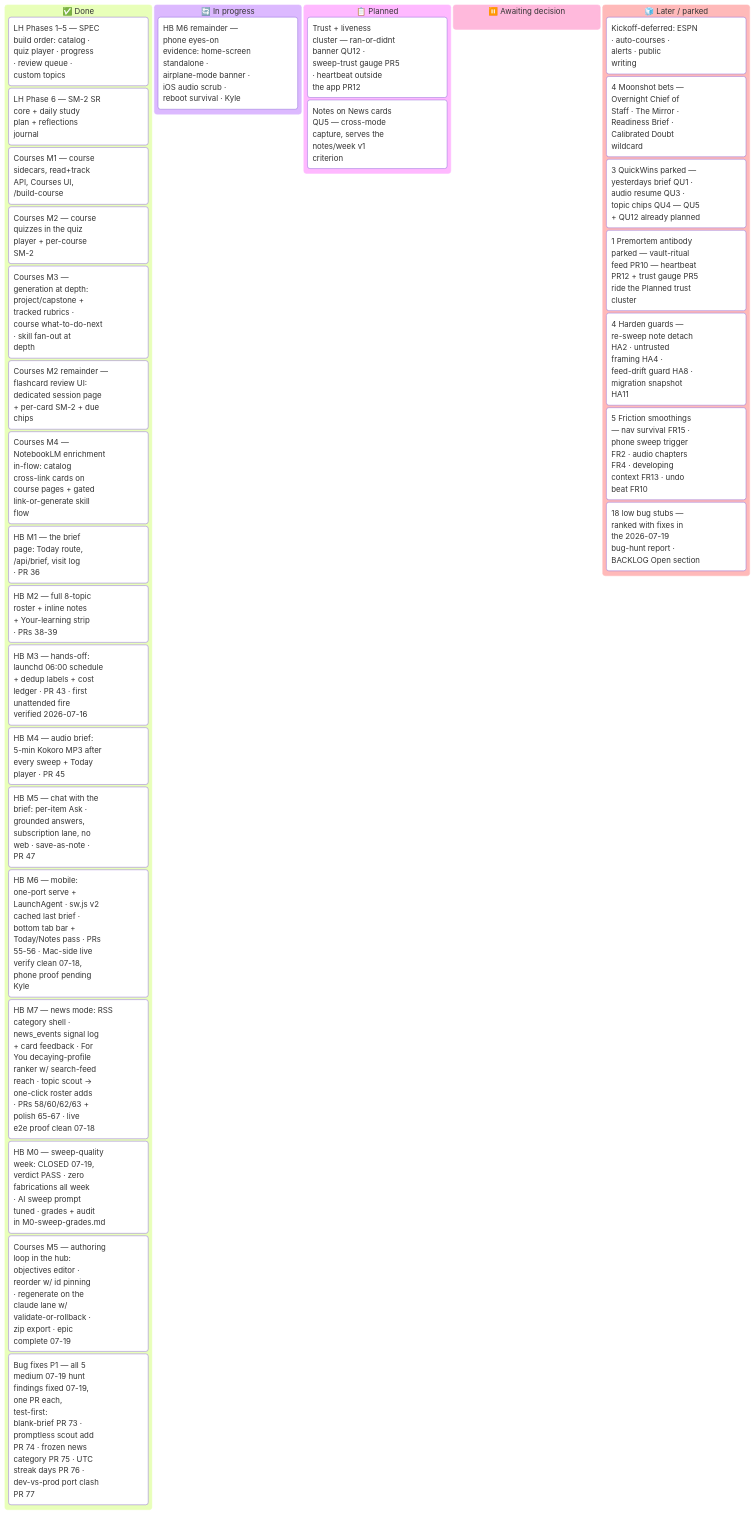
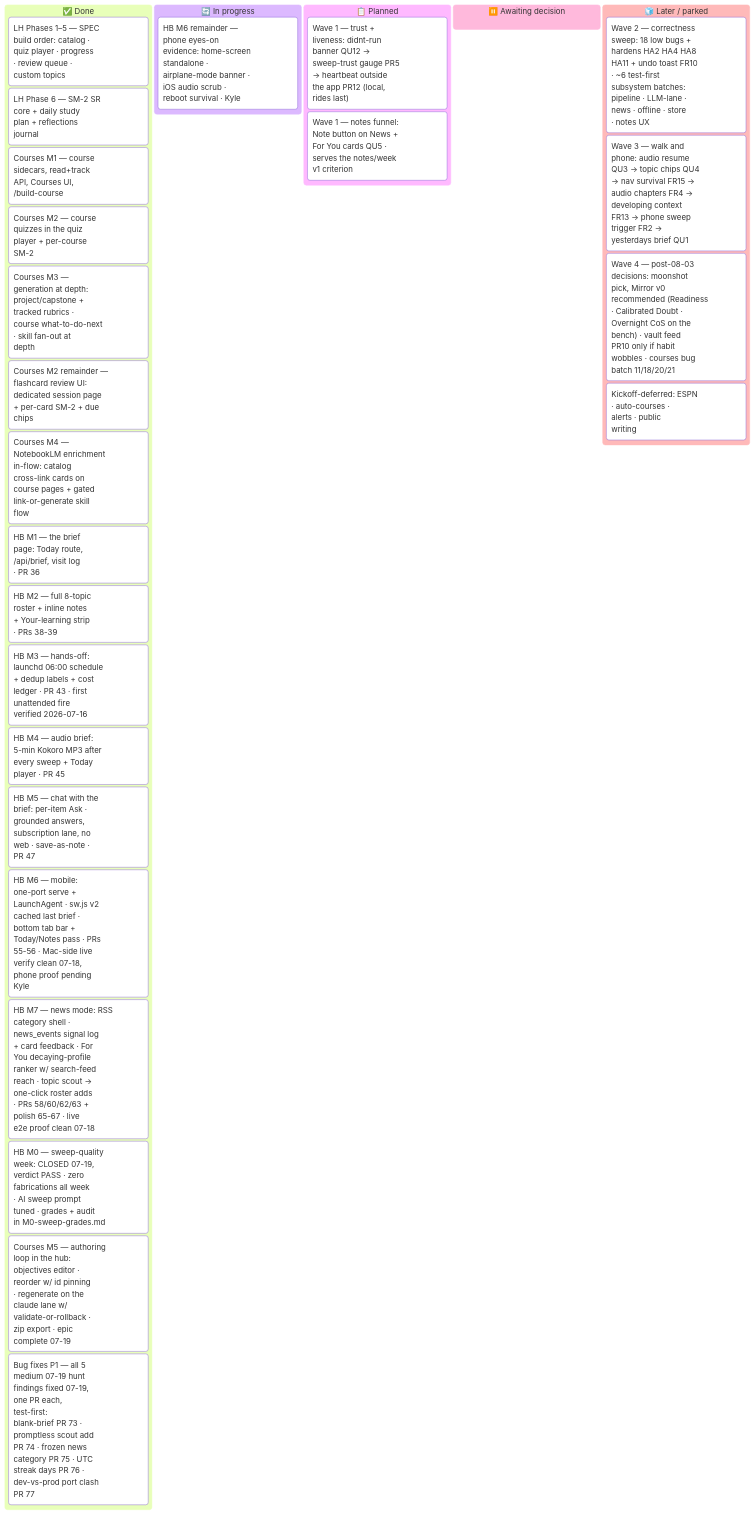
Before and after one commit to ksdisch/home-base: the diagram in docs/MASTER_PLAN.md, drawn with Mermaid. The commit also changed other lines of this file, not shown here.

First line of the commit message:
docs(master-plan): lock replenish roadmap — four waves anchored on the ~08-03 v1 check

````diff
--- a/docs/MASTER_PLAN.md
+++ b/docs/MASTER_PLAN.md
@@ -42,40 +42,37 @@
 ```mermaid
 ---
 config:
   kanban:
     sectionWidth: 300
 ---
 kanban
   done["✅ Done"]
     lh15["LH Phases 1–5 — SPEC<br/>build order: catalog ·<br/>quiz player · progress<br/>· review queue ·<br/>custom topics"]
     lh6["LH Phase 6 — SM-2 SR<br/>core + daily study<br/>plan + reflections<br/>journal"]
     lh7["Courses M1 — course<br/>sidecars, read+track<br/>API, Courses UI,<br/>/build-course"]
     lh7m2["Courses M2 — course<br/>quizzes in the quiz<br/>player + per-course<br/>SM-2"]
     lh7m3["Courses M3 —<br/>generation at depth:<br/>project/capstone +<br/>tracked rubrics ·<br/>course what-to-do-next<br/>· skill fan-out at<br/>depth"]
     lh7fc["Courses M2 remainder —<br/>flashcard review UI:<br/>dedicated session page<br/>+ per-card SM-2 + due<br/>chips"]
     lh7m4["Courses M4 —<br/>NotebookLM enrichment<br/>in-flow: catalog<br/>cross-link cards on<br/>course pages + gated<br/>link-or-generate skill<br/>flow"]
     hbm1["HB M1 — the brief<br/>page: Today route,<br/>/api/brief, visit log<br/>· PR 36"]
     hbm2["HB M2 — full 8-topic<br/>roster + inline notes<br/>+ Your-learning strip<br/>· PRs 38-39"]
     hbm3["HB M3 — hands-off:<br/>launchd 06:00 schedule<br/>+ dedup labels + cost<br/>ledger · PR 43 · first<br/>unattended fire<br/>verified 2026-07-16"]
     hbm4["HB M4 — audio brief:<br/>5-min Kokoro MP3 after<br/>every sweep + Today<br/>player · PR 45"]
     hbm5["HB M5 — chat with the<br/>brief: per-item Ask ·<br/>grounded answers,<br/>subscription lane, no<br/>web · save-as-note ·<br/>PR 47"]
     hbm6["HB M6 — mobile:<br/>one-port serve +<br/>LaunchAgent · sw.js v2<br/>cached last brief ·<br/>bottom tab bar +<br/>Today/Notes pass · PRs<br/>55-56 · Mac-side live<br/>verify clean 07-18,<br/>phone proof pending<br/>Kyle"]
     hbm7["HB M7 — news mode: RSS<br/>category shell ·<br/>news_events signal log<br/>+ card feedback · For<br/>You decaying-profile<br/>ranker w/ search-feed<br/>reach · topic scout →<br/>one-click roster adds<br/>· PRs 58/60/62/63 +<br/>polish 65-67 · live<br/>e2e proof clean 07-18"]
     hbm0["HB M0 — sweep-quality<br/>week: CLOSED 07-19,<br/>verdict PASS · zero<br/>fabrications all week<br/>· AI sweep prompt<br/>tuned · grades + audit<br/>in M0-sweep-grades.md"]
     cm5["Courses M5 — authoring<br/>loop in the hub:<br/>objectives editor ·<br/>reorder w/ id pinning<br/>· regenerate on the<br/>claude lane w/<br/>validate-or-rollback ·<br/>zip export · epic<br/>complete 07-19"]
     bugp1["Bug fixes P1 — all 5<br/>medium 07-19 hunt<br/>findings fixed 07-19,<br/>one PR each,<br/>test-first:<br/>blank-brief PR 73 ·<br/>promptless scout add<br/>PR 74 · frozen news<br/>category PR 75 · UTC<br/>streak days PR 76 ·<br/>dev-vs-prod port clash<br/>PR 77"]
   doing["🔄 In progress"]
     hbm6proof["HB M6 remainder —<br/>phone eyes-on<br/>evidence: home-screen<br/>standalone ·<br/>airplane-mode banner ·<br/>iOS audio scrub ·<br/>reboot survival · Kyle"]
   next["📋 Planned"]
-    trust["Trust + liveness<br/>cluster — ran-or-didnt<br/>banner QU12 ·<br/>sweep-trust gauge PR5<br/>· heartbeat outside<br/>the app PR12"]
-    qnotes["Notes on News cards<br/>QU5 — cross-mode<br/>capture, serves the<br/>notes/week v1<br/>criterion"]
+    trust["Wave 1 — trust +<br/>liveness: didnt-run<br/>banner QU12 →<br/>sweep-trust gauge PR5<br/>→ heartbeat outside<br/>the app PR12 (local,<br/>rides last)"]
+    qnotes["Wave 1 — notes funnel:<br/>Note button on News +<br/>For You cards QU5 ·<br/>serves the notes/week<br/>v1 criterion"]
   decide["⏸️ Awaiting decision"]
   later["🧊 Later / parked"]
+    wave2["Wave 2 — correctness<br/>sweep: 18 low bugs +<br/>hardens HA2 HA4 HA8<br/>HA11 + undo toast FR10<br/>· ~6 test-first<br/>subsystem batches:<br/>pipeline · LLM-lane ·<br/>news · offline · store<br/>· notes UX"]
+    wave3["Wave 3 — walk and<br/>phone: audio resume<br/>QU3 → topic chips QU4<br/>→ nav survival FR15 →<br/>audio chapters FR4 →<br/>developing context<br/>FR13 → phone sweep<br/>trigger FR2 →<br/>yesterdays brief QU1"]
+    wave4["Wave 4 — post-08-03<br/>decisions: moonshot<br/>pick, Mirror v0<br/>recommended (Readiness<br/>· Calibrated Doubt ·<br/>Overnight CoS on the<br/>bench) · vault feed<br/>PR10 only if habit<br/>wobbles · courses bug<br/>batch 11/18/20/21"]
     defer["Kickoff-deferred: ESPN<br/>· auto-courses ·<br/>alerts · public<br/>writing"]
-    moonshots["4 Moonshot bets —<br/>Overnight Chief of<br/>Staff · The Mirror ·<br/>Readiness Brief ·<br/>Calibrated Doubt<br/>wildcard"]
-    quickwins["3 QuickWins parked —<br/>yesterdays brief QU1 ·<br/>audio resume QU3 ·<br/>topic chips QU4 — QU5<br/>+ QU12 already planned"]
-    premortems["1 Premortem antibody<br/>parked — vault-ritual<br/>feed PR10 — heartbeat<br/>PR12 + trust gauge PR5<br/>ride the Planned trust<br/>cluster"]
-    hardens["4 Harden guards —<br/>re-sweep note detach<br/>HA2 · untrusted<br/>framing HA4 ·<br/>feed-drift guard HA8 ·<br/>migration snapshot<br/>HA11"]
-    frictions["5 Friction smoothings<br/>— nav survival FR15 ·<br/>phone sweep trigger<br/>FR2 · audio chapters<br/>FR4 · developing<br/>context FR13 · undo<br/>beat FR10"]
-    buglows["18 low bug stubs —<br/>ranked with fixes in<br/>the 2026-07-19<br/>bug-hunt report ·<br/>BACKLOG Open section"]
 ```
````
